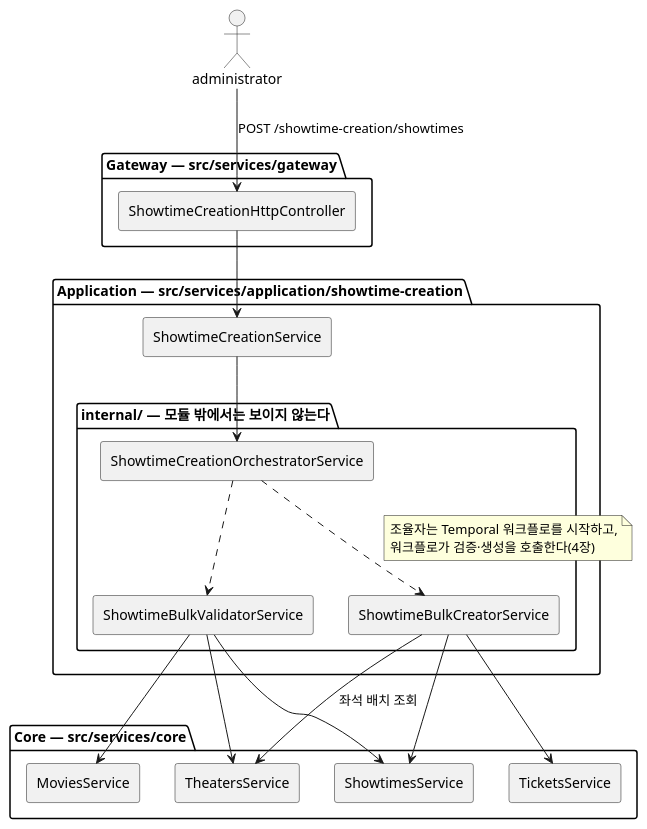
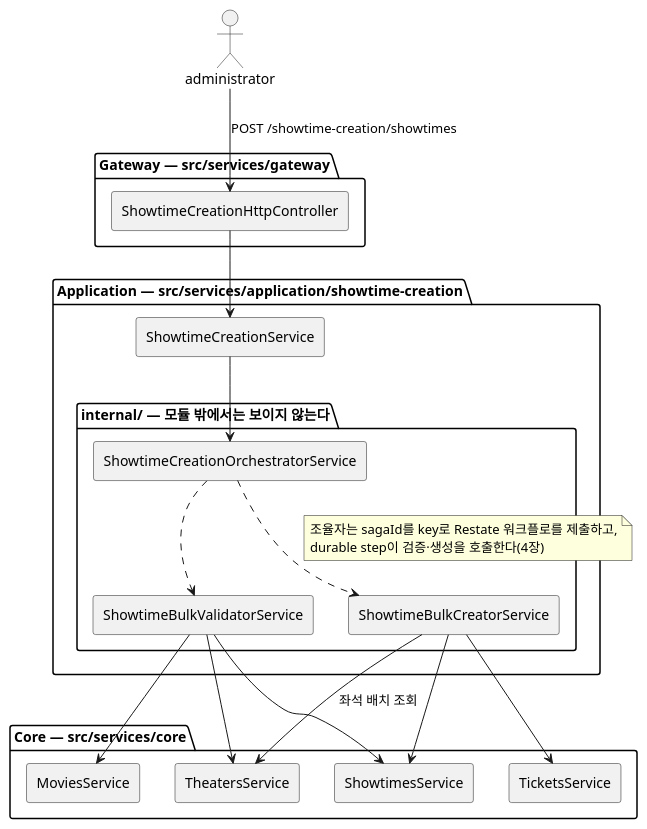
One commit to mannercode/nest-seed changed the fourth of 6 diagrams in docs/reference/tutorial.md. Above: the diagram before and after it, drawn with PlantUML. The commit also changed other lines of this file and 116 other files, not shown here.

Commit message:
refactor(workflow): replace temporal with restate

````diff
--- a/docs/reference/tutorial.md
+++ b/docs/reference/tutorial.md
@@ -135,41 +135,41 @@
 ```plantuml
 @startuml
 skinparam componentStyle rectangle
 top to bottom direction
 actor administrator as admin
 
 package "Gateway — src/services/gateway" {
     [ShowtimeCreationHttpController] as ctrl
 }
 package "Application — src/services/application/showtime-creation" {
     [ShowtimeCreationService] as svc
     package "internal/ — 모듈 밖에서는 보이지 않는다" {
         [ShowtimeCreationOrchestratorService] as orch
         [ShowtimeBulkValidatorService] as validator
         [ShowtimeBulkCreatorService] as creator
     }
 }
 package "Core — src/services/core" {
     [MoviesService] as movies
     [TheatersService] as theaters
     [ShowtimesService] as showtimes
     [TicketsService] as tickets
 }
 
 admin --> ctrl : POST /showtime-creation/showtimes
 ctrl --> svc
 svc --> orch
 orch ..> validator
 orch ..> creator
 note on link
-    조율자는 Temporal 워크플로를 시작하고,
-    워크플로가 검증·생성을 호출한다(4장)
+    조율자는 sagaId를 key로 Restate 워크플로를 제출하고,
+    durable step이 검증·생성을 호출한다(4장)
 end note
 validator --> movies
 validator --> theaters
 validator --> showtimes
 creator --> theaters : 좌석 배치 조회
 creator --> showtimes
 creator --> tickets
 @enduml
 ```
````
